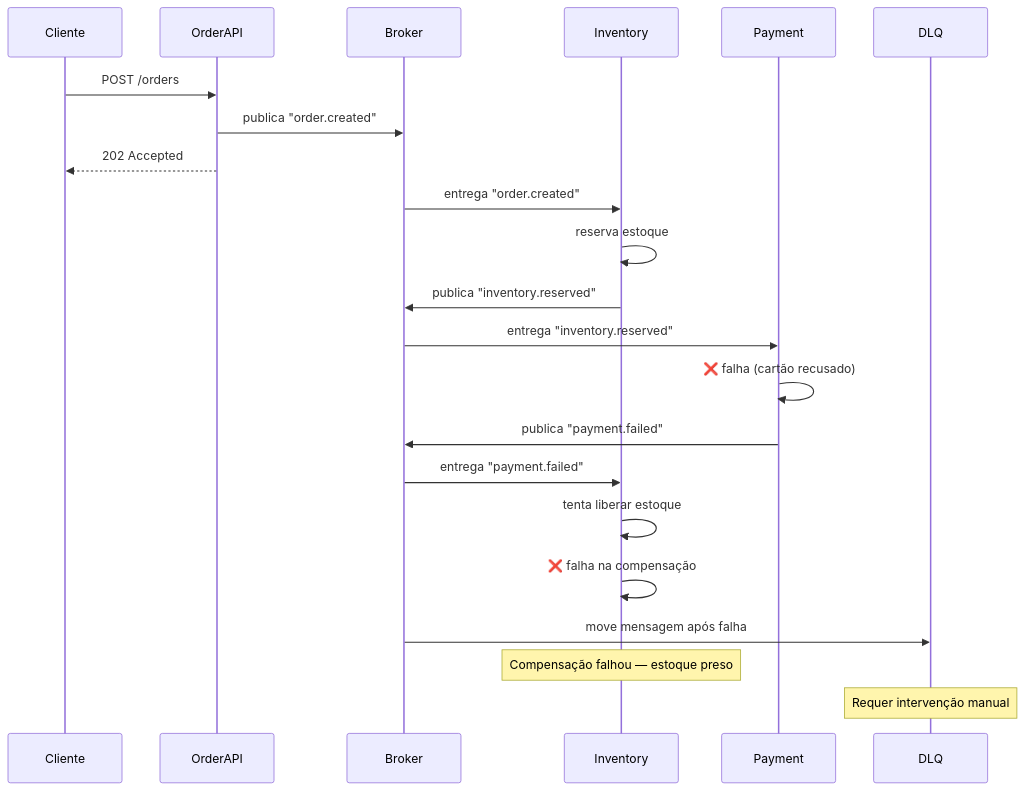
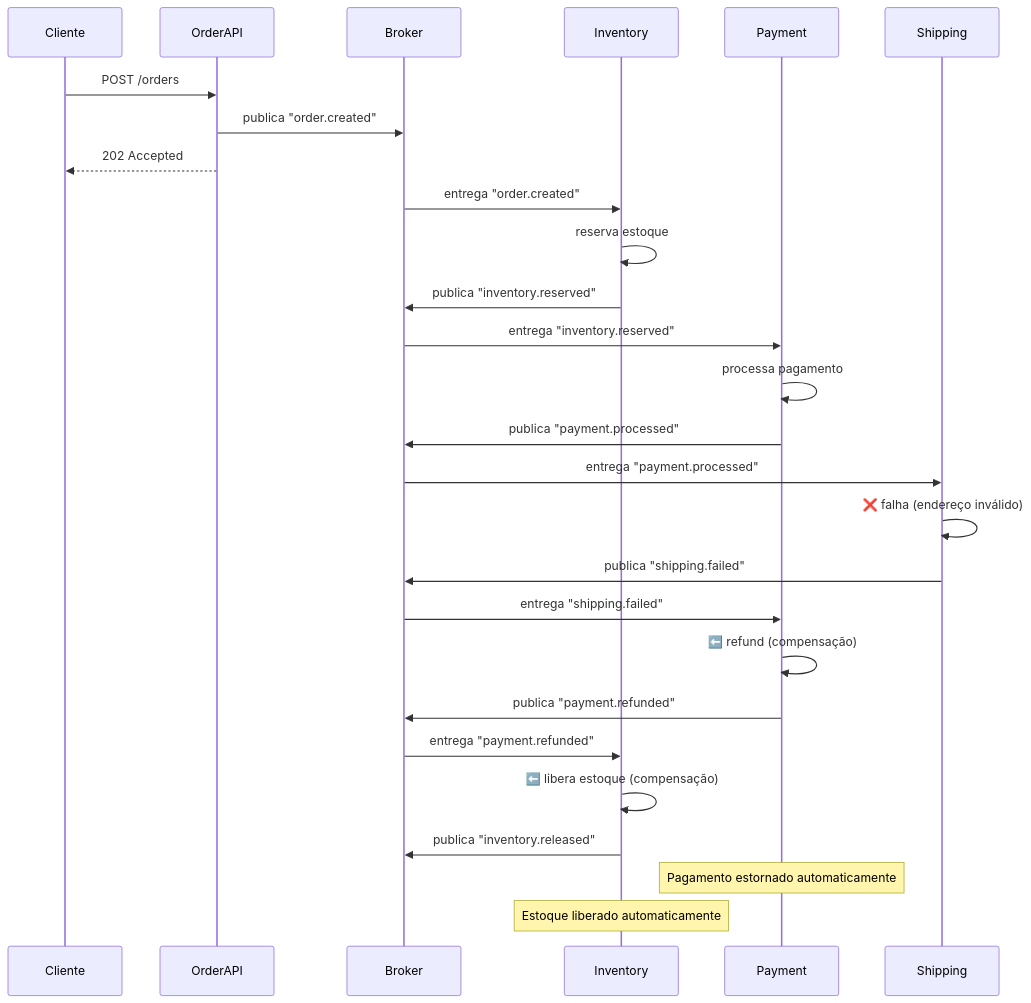
The third of 4 diagrams in docs/choreography-saga/README.md (maicoqb/estudo-de-caso-arquiteturas-eda), drawn with Mermaid before and after one commit. The commit also changed other lines of this file and 1 other file, not shown here.

Commit message:
chore(coreography-saga): docs with shipping worker

````diff
--- a/docs/choreography-saga/README.md
+++ b/docs/choreography-saga/README.md
@@ -96,29 +95,36 @@
 ```mermaid
 sequenceDiagram
     participant Cliente
     participant OrderAPI
     participant Broker
     participant Inventory
     participant Payment
-    participant DLQ
+    participant Shipping
 
     Cliente->>OrderAPI: POST /orders
     OrderAPI->>Broker: publica "order.created"
     OrderAPI-->>Cliente: 202 Accepted
 
     Broker->>Inventory: entrega "order.created"
     Inventory->>Inventory: reserva estoque
     Inventory->>Broker: publica "inventory.reserved"
 
     Broker->>Payment: entrega "inventory.reserved"
-    Payment->>Payment: ❌ falha (cartão recusado)
-    Payment->>Broker: publica "payment.failed"
+    Payment->>Payment: processa pagamento
+    Payment->>Broker: publica "payment.processed"
 
-    Broker->>Inventory: entrega "payment.failed"
-    Inventory->>Inventory: tenta liberar estoque
-    Inventory->>Inventory: ❌ falha na compensação
-    Broker->>DLQ: move mensagem após falha
+    Broker->>Shipping: entrega "payment.processed"
+    Shipping->>Shipping: ❌ falha (endereço inválido)
+    Shipping->>Broker: publica "shipping.failed"
 
-    Note over Inventory: Compensação falhou — estoque preso
-    Note over DLQ: Requer intervenção manual
+    Broker->>Payment: entrega "shipping.failed"
+    Payment->>Payment: ⬅️ refund (compensação)
+    Payment->>Broker: publica "payment.refunded"
+
+    Broker->>Inventory: entrega "payment.refunded"
+    Inventory->>Inventory: ⬅️ libera estoque (compensação)
+    Inventory->>Broker: publica "inventory.released"
+
+    Note over Payment: Pagamento estornado automaticamente
+    Note over Inventory: Estoque liberado automaticamente
 ```
````
